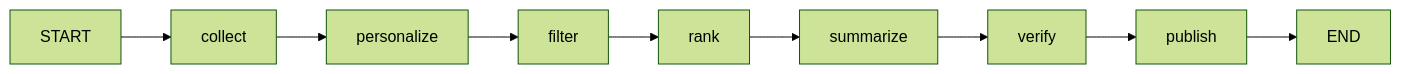
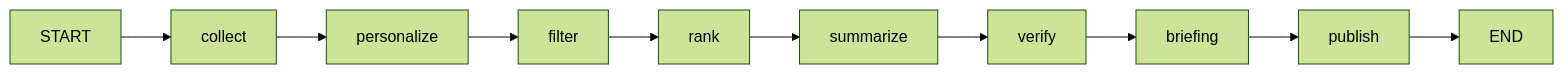
Before and after one commit to chictimin/questail-postie: the diagram in REPORT.md, drawn with Mermaid (forest theme). The commit also changed other lines of this file and 1 other file, not shown here.

Commit message:
WIP: personalize 티어 수집 작업 전 상태 저장 (README/REPORT 동기화)

````diff
--- a/REPORT.md
+++ b/REPORT.md
@@ -89,4 +90,4 @@
 ```mermaid
 graph LR
-    START --> collect --> personalize --> filter --> rank --> summarize --> verify --> publish --> END
+    START --> collect --> personalize --> filter --> rank --> summarize --> verify --> briefing --> publish --> END
 ```
````
